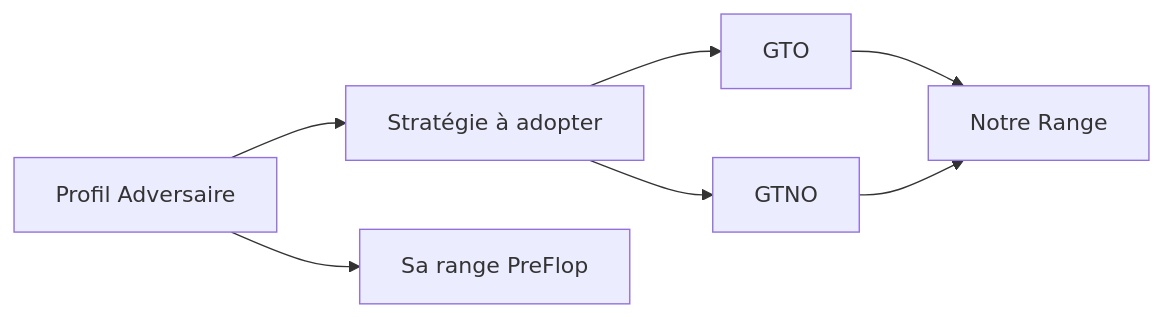
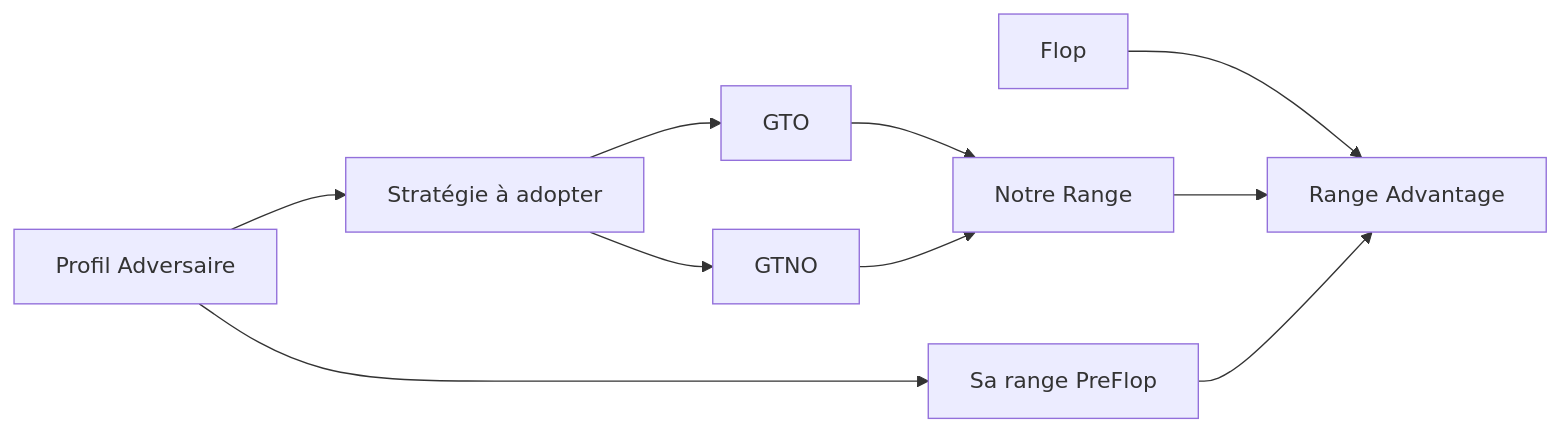
The diagram in _posts/2020-01-23-thinking-process.md (greglejeune/blog), drawn with Mermaid before and after one commit.

```diff
--- a/_posts/2020-01-23-thinking-process.md
+++ b/_posts/2020-01-23-thinking-process.md
@@ -21,9 +21,12 @@
   <div class="mermaid">
     graph LR
       A[Profil Adversaire] --> S[Stratégie à adopter]
       S --> GTO
       S --> GTNO
       GTO --> N[Notre Range]
       GTNO --> N
       A --> R[Sa range PreFlop]
+      Flop --> D[Range Advantage]
+      N --> D
+      R --> D
   </div>
```
